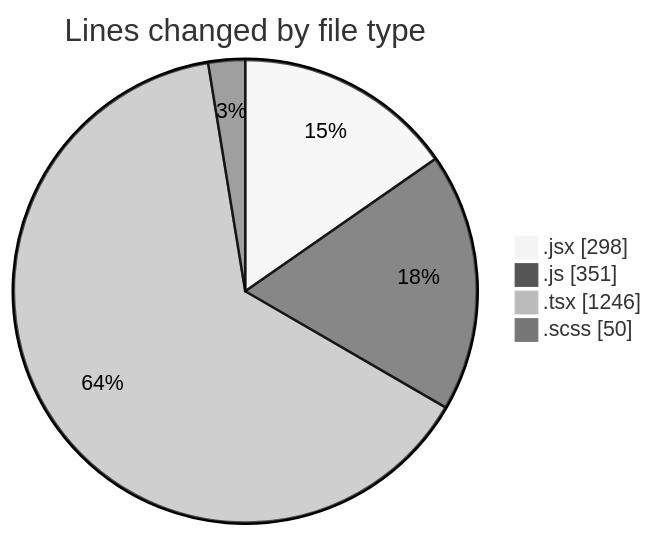
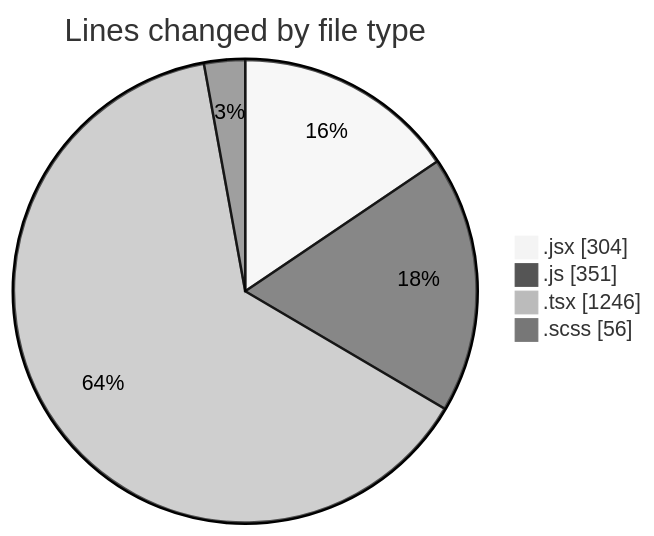
Before and after one commit to momahboobian/code-tracking: the first of 2 diagrams in 2026-02-12/cda/README.md, drawn with Mermaid (neutral theme). The commit also changed other lines of this file and 1 other file, not shown here.

````diff
--- a/2026-02-12/cda/README.md
+++ b/2026-02-12/cda/README.md
@@ -25,8 +25,8 @@
 ```mermaid
 pie showData
 title Lines changed by file type
-".jsx" : 298
+".jsx" : 304
 ".js" : 351
 ".tsx" : 1246
-".scss" : 50
+".scss" : 56
 ```
````
